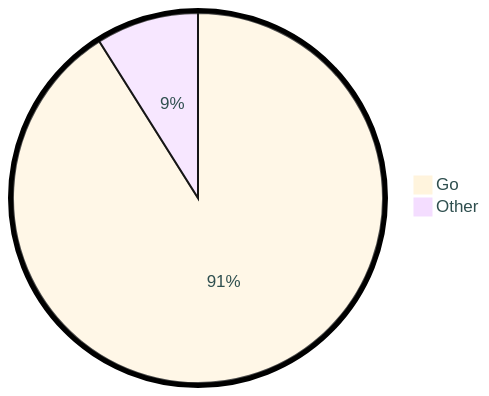
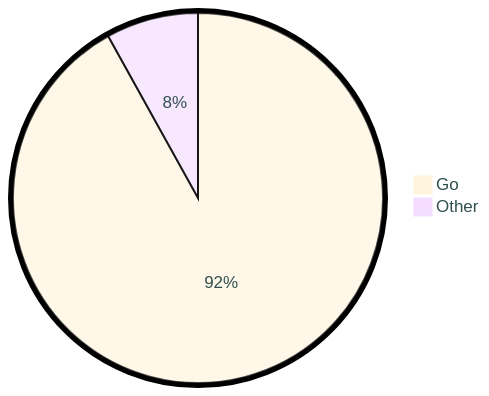
The diagram in README.md (tot0p/tot0p), drawn with Mermaid before and after one commit. The commit also changed other lines of this file, not shown here.

````diff
--- a/README.md
+++ b/README.md
@@ -74,6 +74,6 @@
 ```mermaid
 %%{init: {"pie": {"textPosition": 0.5}, "themeVariables": {"pieOuterStrokeWidth": "5px","primaryTextColor" : "#2F4F4F"},"theme":"base"} }%%
 pie
-	"Go": 91.07
-	"Other": 8.95
+	"Go": 91.93
+	"Other": 8.059999999999999
 ```
````
